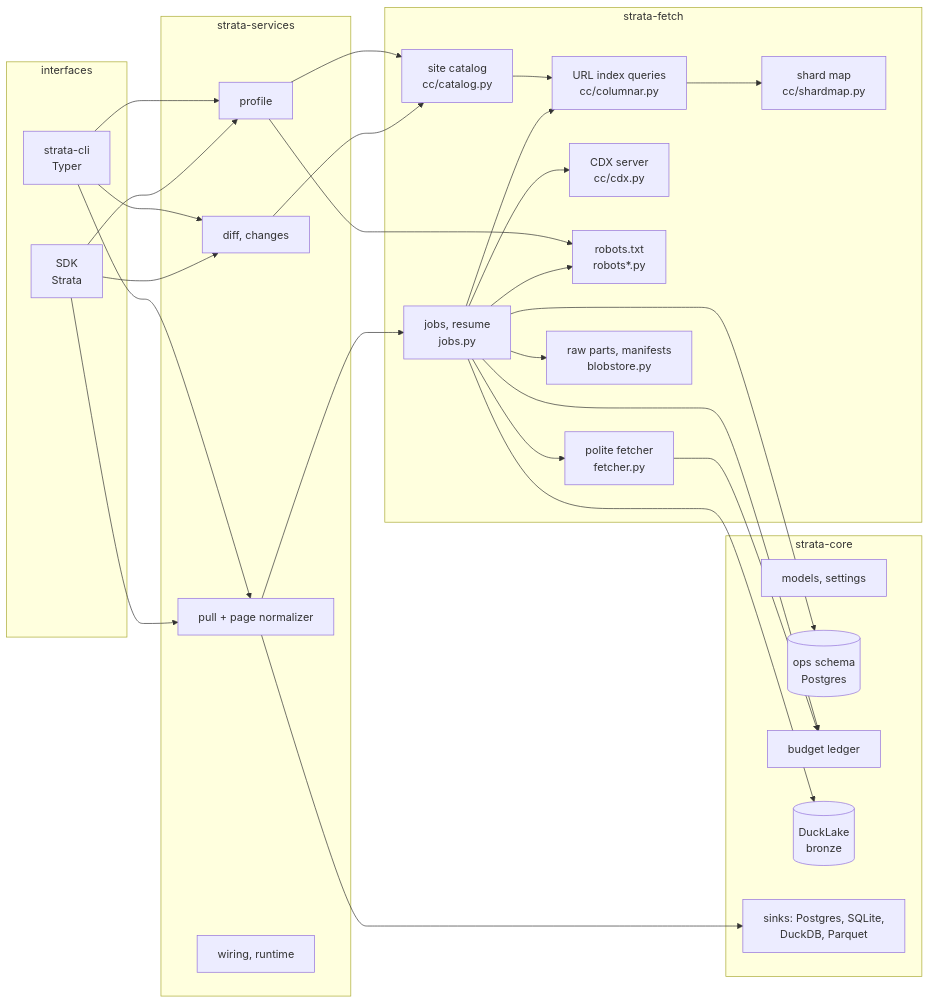
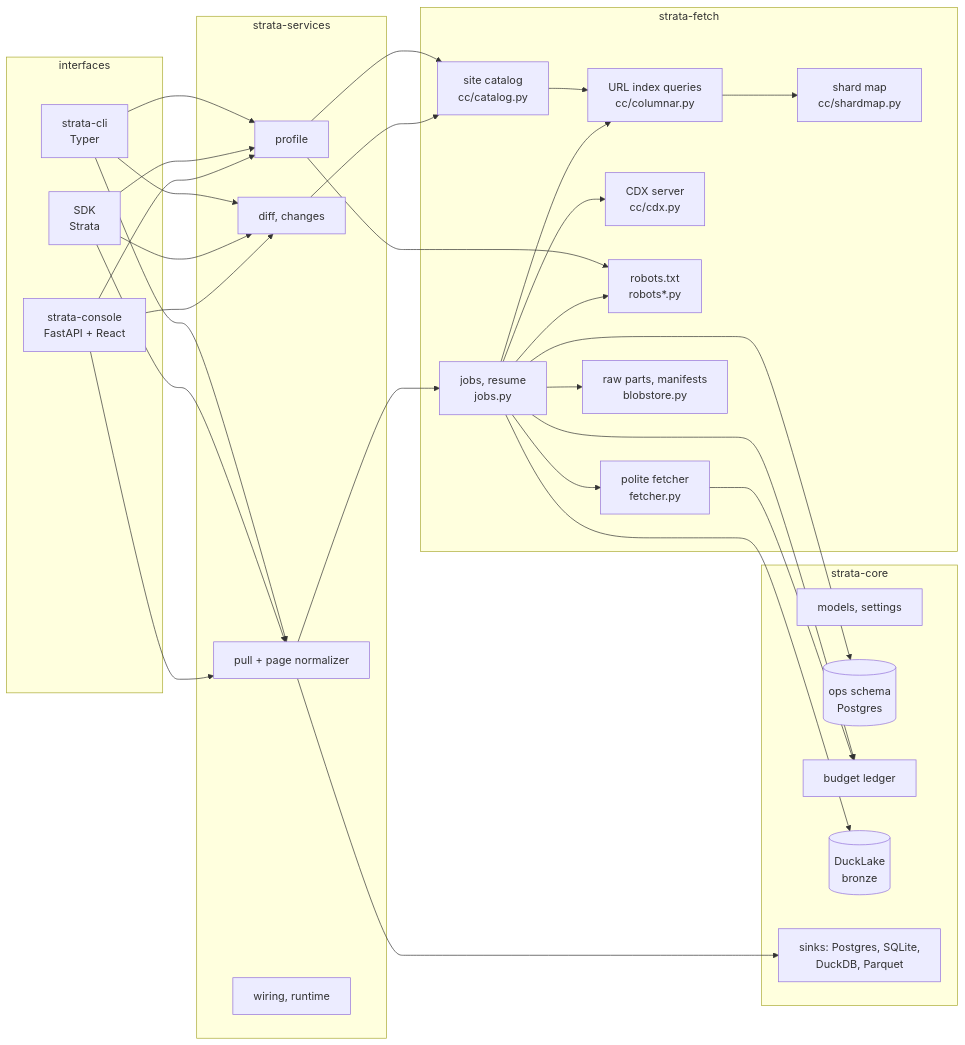
One commit to salmaelhanchi/strata changed the diagram in docs/architecture.md. Above: the diagram before and after it, drawn with Mermaid. The commit also changed other lines of this file and 48 other files, not shown here.

First line of the commit message:
S4: the console, a REST API and a React app over the services

````diff
--- a/docs/architecture.md
+++ b/docs/architecture.md
@@ -9,37 +9,38 @@
 ```mermaid
 flowchart LR
   subgraph interfaces
     CLI[strata-cli<br/>Typer]
     SDK[SDK<br/>Strata]
+    CON[strata-console<br/>FastAPI + React]
   end
   subgraph strata-services
     PROFILE[profile]
     CHANGES[diff, changes]
     PULL[pull + page normalizer]
     WIRING[wiring, runtime]
   end
   subgraph strata-fetch
     CAT[site catalog<br/>cc/catalog.py]
     COL[URL index queries<br/>cc/columnar.py]
     CDX[CDX server<br/>cc/cdx.py]
     MAP[shard map<br/>cc/shardmap.py]
     ROB[robots.txt<br/>robots*.py]
     FETCH[polite fetcher<br/>fetcher.py]
     JOBS[jobs, resume<br/>jobs.py]
     STORE[raw parts, manifests<br/>blobstore.py]
   end
   subgraph strata-core
     MODELS[models, settings]
     OPS[(ops schema<br/>Postgres)]
     LEDGER[budget ledger]
     LAKE[(DuckLake<br/>bronze)]
     SINKS[sinks: Postgres, SQLite,<br/>DuckDB, Parquet]
   end
-  CLI & SDK --> PROFILE & CHANGES & PULL
+  CLI & SDK & CON --> PROFILE & CHANGES & PULL
   PROFILE --> CAT & ROB
   CHANGES --> CAT
   PULL --> JOBS & SINKS
   CAT --> COL --> MAP
   JOBS --> CDX & COL & ROB & FETCH & STORE & OPS & LEDGER & LAKE
   FETCH --> LEDGER
 ```
````
